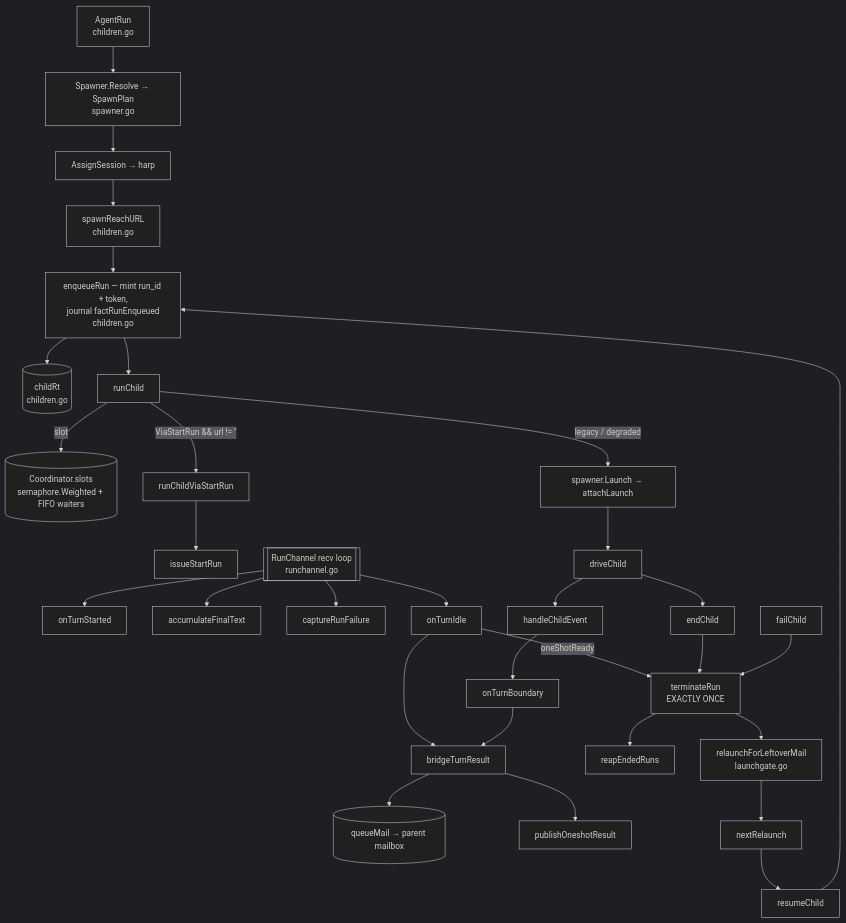
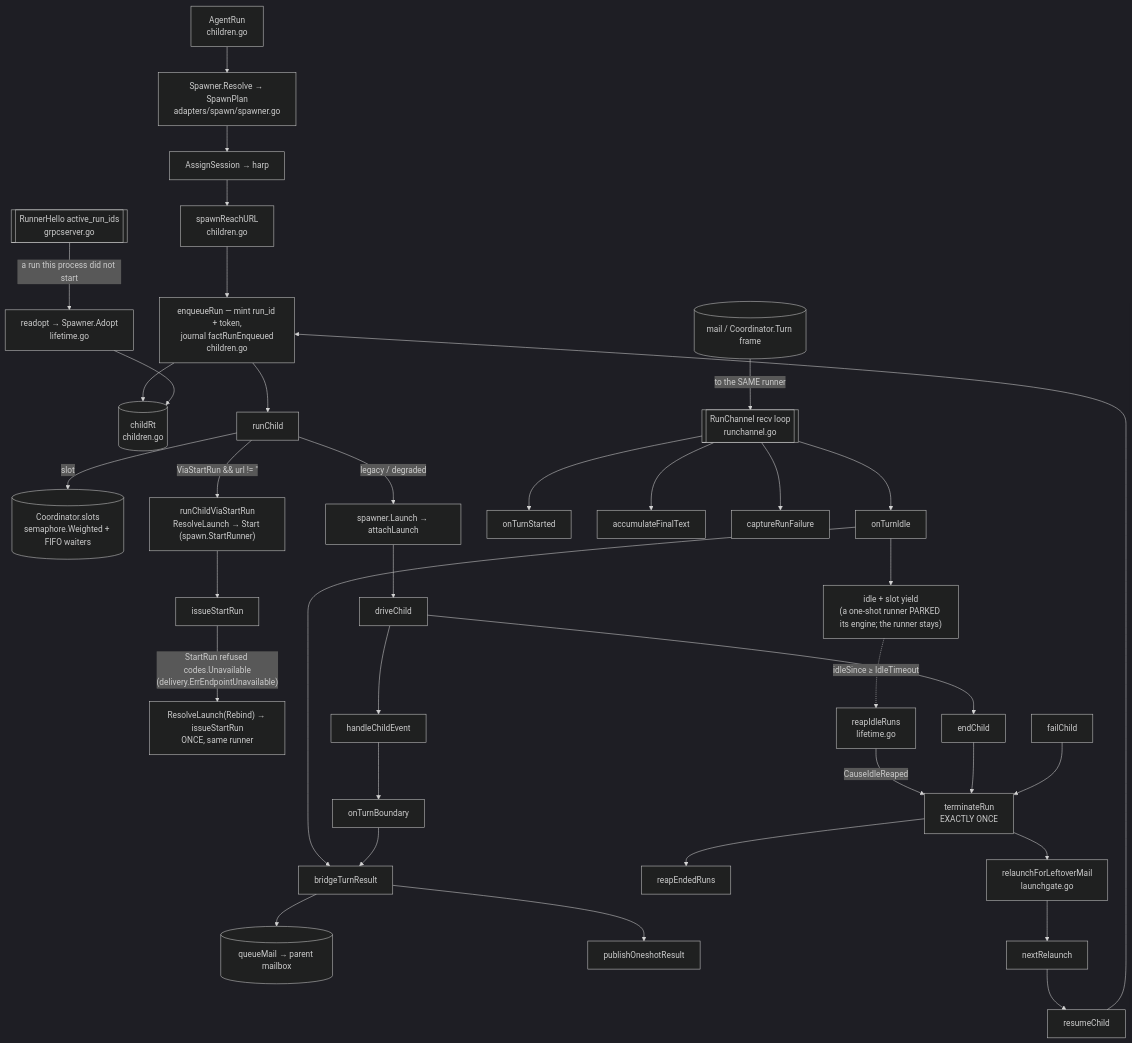
One commit to ctxloom/ctxloom changed the diagram in docs/architecture/agentcoord/child-lifecycle.md. Above: the diagram before and after it, drawn with Mermaid (dark theme). The commit also changed other lines of this file and 10 other files, not shown here.

````diff
--- a/docs/architecture/agentcoord/child-lifecycle.md
+++ b/docs/architecture/agentcoord/child-lifecycle.md
@@ -16,28 +16,32 @@
 ```mermaid
 flowchart TD
-  AR["AgentRun<br/>children.go"] --> RES["Spawner.Resolve → SpawnPlan<br/>spawner.go"]
+  AR["AgentRun<br/>children.go"] --> RES["Spawner.Resolve → SpawnPlan<br/>adapters/spawn/spawner.go"]
   RES --> ASSIGN["AssignSession → harp"]
   ASSIGN --> URL["spawnReachURL<br/>children.go"]
   URL --> EQ["enqueueRun — mint run_id + token,<br/>journal factRunEnqueued<br/>children.go"]
   EQ --> RT[("childRt<br/>children.go")]
   EQ --> RC["runChild"]
   RC -->|slot| TS[("Coordinator.slots<br/>semaphore.Weighted + FIFO waiters")]
-  RC -->|"ViaStartRun && url != ''"| VSR["runChildViaStartRun"] --> ISR["issueStartRun"]
+  RC -->|"ViaStartRun && url != ''"| VSR["runChildViaStartRun<br/>ResolveLaunch → Start (spawn.StartRunner)"] --> ISR["issueStartRun"]
+  ISR -->|"StartRun refused codes.Unavailable<br/>(delivery.ErrEndpointUnavailable)"| REBIND["ResolveLaunch(Rebind) → issueStartRun<br/>ONCE, same runner"]
   RC -->|legacy / degraded| LA["spawner.Launch → attachLaunch"] --> DC["driveChild"]
 
   RCH[["RunChannel recv loop<br/>runchannel.go"]] --> OTS["onTurnStarted"]
   RCH --> AFT["accumulateFinalText"]
   RCH --> CRF["captureRunFailure"]
   RCH --> OTI["onTurnIdle"]
   DC --> HCE["handleChildEvent"] --> OTB["onTurnBoundary"]
   OTI --> BTR["bridgeTurnResult"]
   OTB --> BTR
   BTR --> MAIL[("queueMail → parent mailbox")]
   BTR --> POR["publishOneshotResult"]
-  OTI -->|oneShotReady| TERM
+  OTI --> IDLE["idle + slot yield<br/>(a one-shot runner PARKED its engine; the runner stays)"]
+  IDLE -.->|"idleSince ≥ IdleTimeout"| REAPER["reapIdleRuns<br/>lifetime.go"] -->|CauseIdleReaped| TERM
+  MAILIN[("mail / Coordinator.Turn frame")] -->|"to the SAME runner"| RCH
+  HELLO[["RunnerHello active_run_ids<br/>grpcserver.go"]] -->|"a run this process did not start"| READOPT["readopt → Spawner.Adopt<br/>lifetime.go"] --> RT
   DC --> EC["endChild"] --> TERM["terminateRun<br/>EXACTLY ONCE"]
   FC["failChild"] --> TERM
   TERM --> REAP["reapEndedRuns"]
   TERM --> RLM["relaunchForLeftoverMail<br/>launchgate.go"] --> NR["nextRelaunch"] --> RSC["resumeChild"]
   RSC --> EQ
 ```
````
